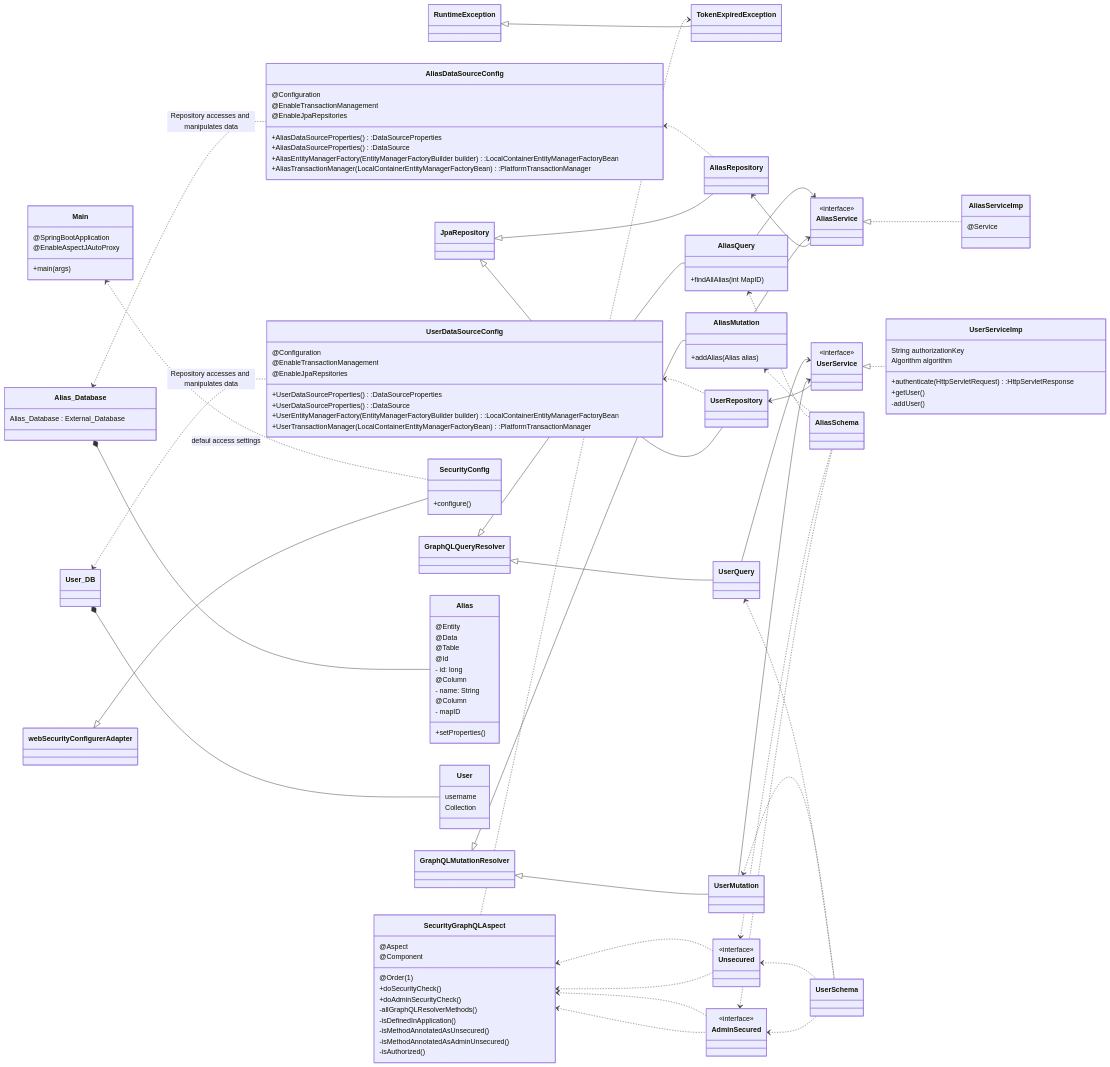
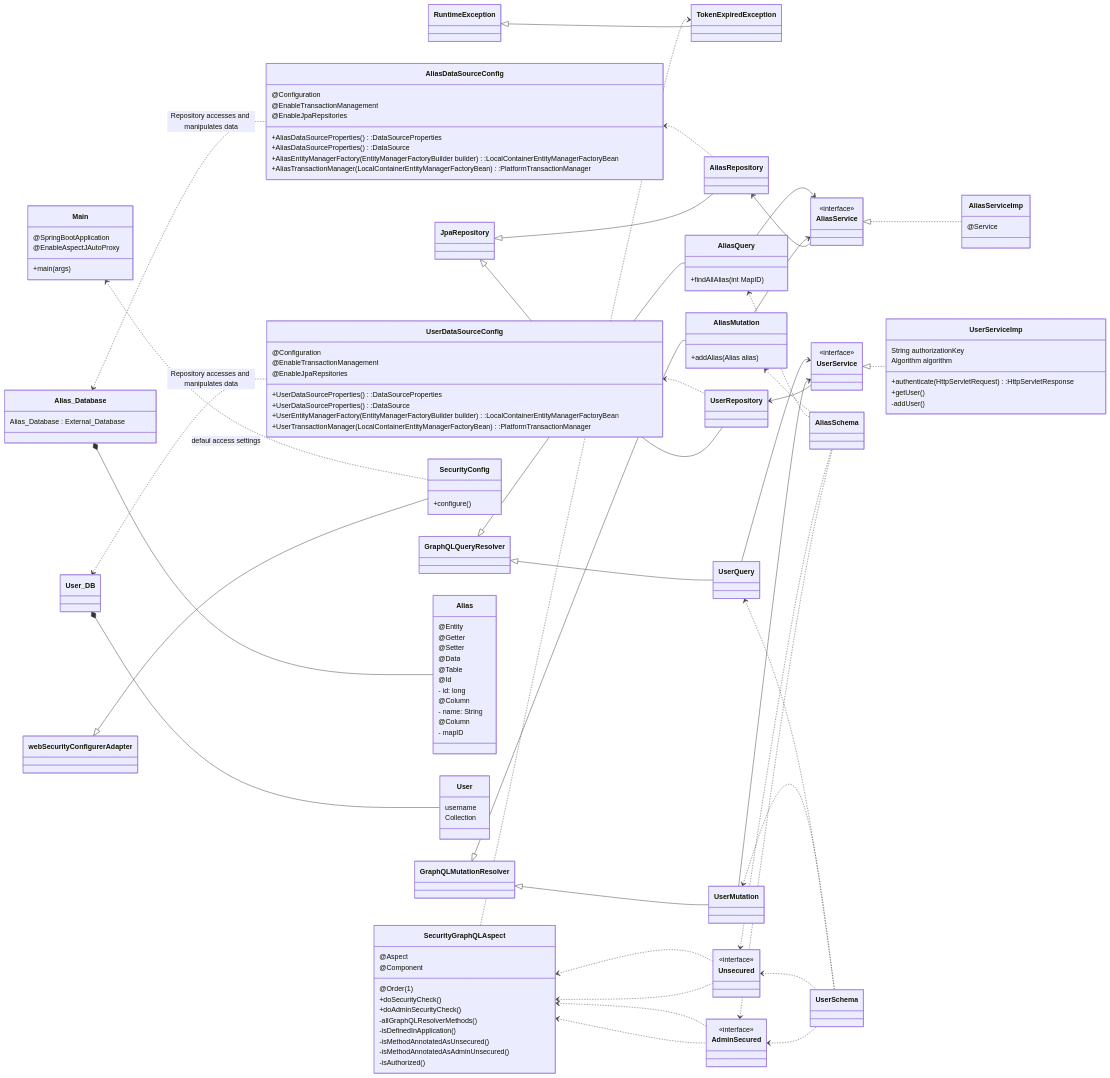
One commit to coderPaddyS/PSE_G3_Entwurf changed the diagram in Kapitel/00_Backend/mermaid/Klassendiagramm1.mmd. Above: the diagram before and after it, drawn with Mermaid.

Commit message:
Add annotations to class diagram of '00_Backend'
Add annotations 'Getter', 'Setter'
to class diagram
'Kapitel/00_Backend/mermaid/Klassendiagramm1.mmd'.

```diff
--- a/Kapitel/00_Backend/mermaid/Klassendiagramm1.mmd
+++ b/Kapitel/00_Backend/mermaid/Klassendiagramm1.mmd
@@ -1,186 +1,187 @@
 classDiagram
 direction LR
 
 RuntimeException <|-- TokenExpiredException
 GraphQLMutationResolver <|-- AliasMutation
 GraphQLQueryResolver <|-- AliasQuery
 GraphQLMutationResolver <|-- UserMutation
 GraphQLQueryResolver <|-- UserQuery
 JpaRepository <|-- AliasRepository
 JpaRepository <|-- UserRepository
 webSecurityConfigurerAdapter <|-- SecurityConfig
 
 
 AliasService <|.. AliasServiceImp
 UserService <|.. UserServiceImp
 
 AliasRepository <-- AliasService
 UserRepository <-- UserService
 
 SecurityGraphQLAspect <.. AdminSecured
 SecurityGraphQLAspect <.. Unsecured
 SecurityGraphQLAspect ..> TokenExpiredException
 
 Alias_Database *-- Alias
 
 User_DB *-- User
 
 AliasMutation --> AliasService
 AliasQuery --> AliasService
 UserMutation --> UserService
 UserQuery --> UserService
 
 Alias_Database <.. AliasDataSourceConfig : Repository accesses and manipulates data
 AliasDataSourceConfig <.. AliasRepository
 User_DB <.. UserDataSourceConfig : Repository accesses and manipulates data
 UserDataSourceConfig <.. UserRepository
 
 AdminSecured <.. AliasSchema
 Unsecured <.. AliasSchema
 AdminSecured <.. UserSchema
 Unsecured <.. UserSchema
 
 Main <.. SecurityConfig : defaul access settings
 
 AdminSecured ..> SecurityGraphQLAspect
 Unsecured ..> SecurityGraphQLAspect
 
 AliasQuery <.. AliasSchema
 AliasMutation <.. AliasSchema
 
 
 UserQuery <.. UserSchema    
 UserMutation <.. UserSchema
 
 
 class RuntimeException
 
 class TokenExpiredException
 
 
 class AliasService{
 <<interface>>
 }
 
 class AliasServiceImp{
 @Service
 }
 
 class GraphQLMutationResolver 
 
 class AliasMutation{
 +addAlias(Alias alias)
 }
 
 class UserMutation
 
 class GraphQLQueryResolver
 
 class UserQuery
 
 class AliasQuery{
 +findAllAlias(int MapID)
 }
 
 
 class SecurityConfig{
 +configure()
 }
 
 class AdminSecured{
 <<interface>> 
 }
 
 class Unsecured{
 <<interface>> 
 }
 
 class SecurityGraphQLAspect{
 @Aspect
 @Component
 @Order(1)
 +doSecurityCheck()
 +doAdminSecurityCheck()
 -allGraphQLResolverMethods()
 -isDefinedInApplication()
 -isMethodAnnotatedAsUnsecured()
 -isMethodAnnotatedAsAdminUnsecured()
 -isAuthorized()
 }
 
 
 
 class User{
 username
 Collection<? extends GranedAuthority>
 }
 
 
 class Alias{
 @Entity
+@Getter
+@Setter
 @Data
 @Table
 @Id
 - id: long
 @Column
 - name: String
 @Column
 - mapID
-+setProperties()
 }
 
 class AliasDataSourceConfig{ 
 @Configuration
 @EnableTransactionManagement
 @EnableJpaRepsitories
 +AliasDataSourceProperties():DataSourceProperties
 +AliasDataSourceProperties():DataSource
 +AliasEntityManagerFactory(EntityManagerFactoryBuilder builder):LocalContainerEntityManagerFactoryBean 
 +AliasTransactionManager(LocalContainerEntityManagerFactoryBean):PlatformTransactionManager 
 }  
 
 class UserDataSourceConfig{ 
 @Configuration
 @EnableTransactionManagement
 @EnableJpaRepsitories
 +UserDataSourceProperties():DataSourceProperties
 +UserDataSourceProperties():DataSource
 +UserEntityManagerFactory(EntityManagerFactoryBuilder builder):LocalContainerEntityManagerFactoryBean 
 +UserTransactionManager(LocalContainerEntityManagerFactoryBean):PlatformTransactionManager 
 }
 
 class webSecurityConfigurerAdapter
 
 class JpaRepository
 
 class AliasRepository
 
 class Alias_Database{
 Alias_Database : External_Database
 }
 
 class UserService{
 <<interface>>
 }
 
 class UserServiceImp{
 String authorizationKey
 Algorithm algorithm
 +authenticate(HttpServletRequest):HttpServletResponse 
 +getUser()
 -addUser()
 }
 
 class UserRepository
 
 class User_DB
 
 
 class AliasSchema
 class UserSchema
 
 class Main {
     @SpringBootApplication
     @EnableAspectJAutoProxy 
         +main(args)
 }
```
